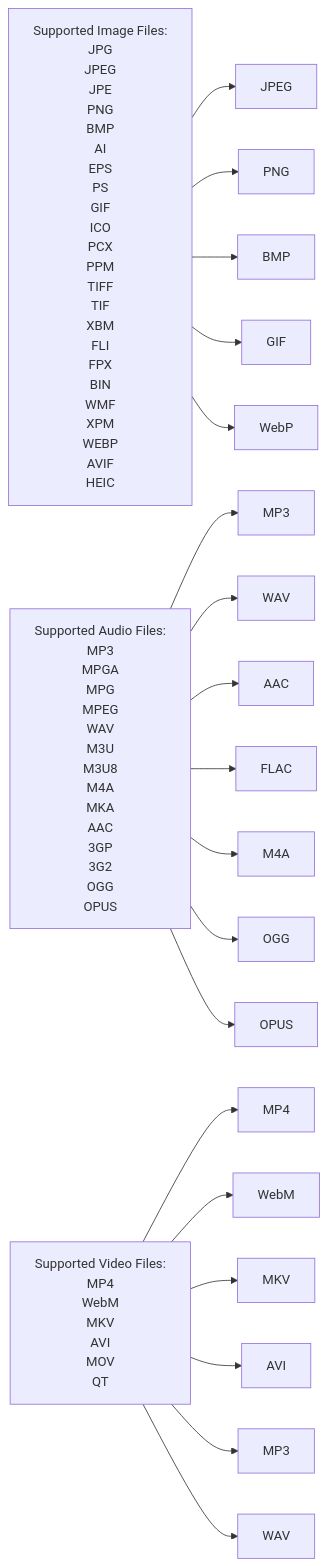
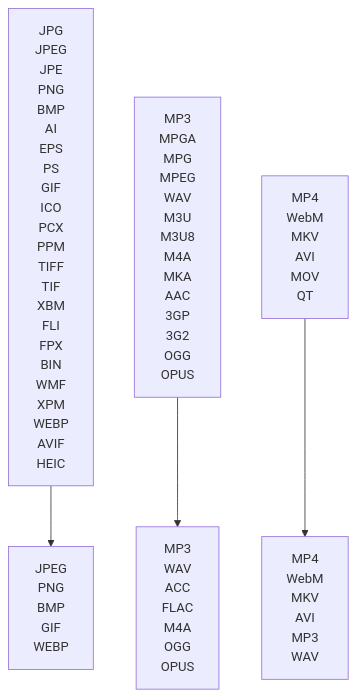
Before and after one commit to Lich-Corals/linux-file-converter-addon: the diagram in README.md, drawn with Mermaid.

````diff
--- a/README.md
+++ b/README.md
@@ -11,66 +11,24 @@
 ```mermaid
-    graph LR
+    flowchart TD
     A[Supported Image Files]
     B[Supported Audio Files]
     C[Supported Video Files]
-    D[JPEG]
-    E[PNG]
-    F[BMP]
-    G[GIF]
-    H[WebP]
-    I[MP3]
-    J[WAV]
-    K[AAC]
-    L[FLAC]
-    M[M4A]
-    N[OGG]
-    O[OPUS]
-    P[MP4]
-    Q[WebM]
-    R[MKV]
-    S[AVI]
-    T[MP3]
-    U[WAV]
+    D[image]
+    E[audio]
+    F[video]
     
-    A["Supported Image Files:<br/>JPG<br/>JPEG<br/>JPE<br/>PNG<br/>BMP<br/>AI<br/>EPS<br/>PS<br/>GIF<br/>ICO<br/>PCX<br/>PPM<br/>TIFF<br/>TIF<br/>XBM<br/>FLI<br/>FPX<br/>BIN<br/>WMF<br/>XPM<br/>WEBP<br/>AVIF<br/>HEIC"]
-    B["Supported Audio Files:<br/>MP3<br/>MPGA<br/>MPG<br/>MPEG<br/>WAV<br/>M3U<br/>M3U8<br/>M4A<br/>MKA<br/>AAC<br/>3GP<br/>3G2<br/>OGG<br/>OPUS"]
-    C["Supported Video Files:<br/>MP4<br/>WebM<br/>MKV<br/>AVI<br/>MOV<br/>QT"]
-   
-    D[JPEG]
-    E[PNG]
-    F[BMP]
-    G[GIF]
-    H[WebP]
-    I[MP3]
-    J[WAV]
-    K[AAC]
-    L[FLAC]
-    M[M4A]
-    N[OGG]
-    O[OPUS]
-    P[MP4]
-    Q[WebM]
-    R[MKV]
-    S[AVI]
-    T[MP3]
-    U[WAV]
+    A["JPG<br/>JPEG<br/>JPE<br/>PNG<br/>BMP<br/>AI<br/>EPS<br/>PS<br/>GIF<br/>ICO<br/>PCX<br/>PPM<br/>TIFF<br/>TIF<br/>XBM<br/>FLI<br/>FPX<br/>BIN<br/>WMF<br/>XPM<br/>WEBP<br/>AVIF<br/>HEIC"]
+    B["MP3<br/>MPGA<br/>MPG<br/>MPEG<br/>WAV<br/>M3U<br/>M3U8<br/>M4A<br/>MKA<br/>AAC<br/>3GP<br/>3G2<br/>OGG<br/>OPUS"]
+    C["MP4<br/>WebM<br/>MKV<br/>AVI<br/>MOV<br/>QT"]
+
+    D["JPEG<br/>PNG<br/>BMP<br/>GIF<br/>WEBP"]
+    E["MP3<br/>WAV<br/>ACC<br/>FLAC<br/>M4A<br/>OGG<br/>OPUS"]
+    F["MP4<br/>WebM<br/>MKV<br/>AVI<br/>MP3<br/>WAV"]
+
+
     
     A --> D
-    A --> E
-    A --> F
-    A --> G
-    A --> H
-    B --> I
-    B --> J
-    B --> K
-    B --> L
-    B --> M
-    B --> N
-    B --> O
-    C --> P
-    C --> Q
-    C --> R
-    C --> S
-    C --> T
-    C --> U
+    B --> E
+    C --> F
+
 ```
````
